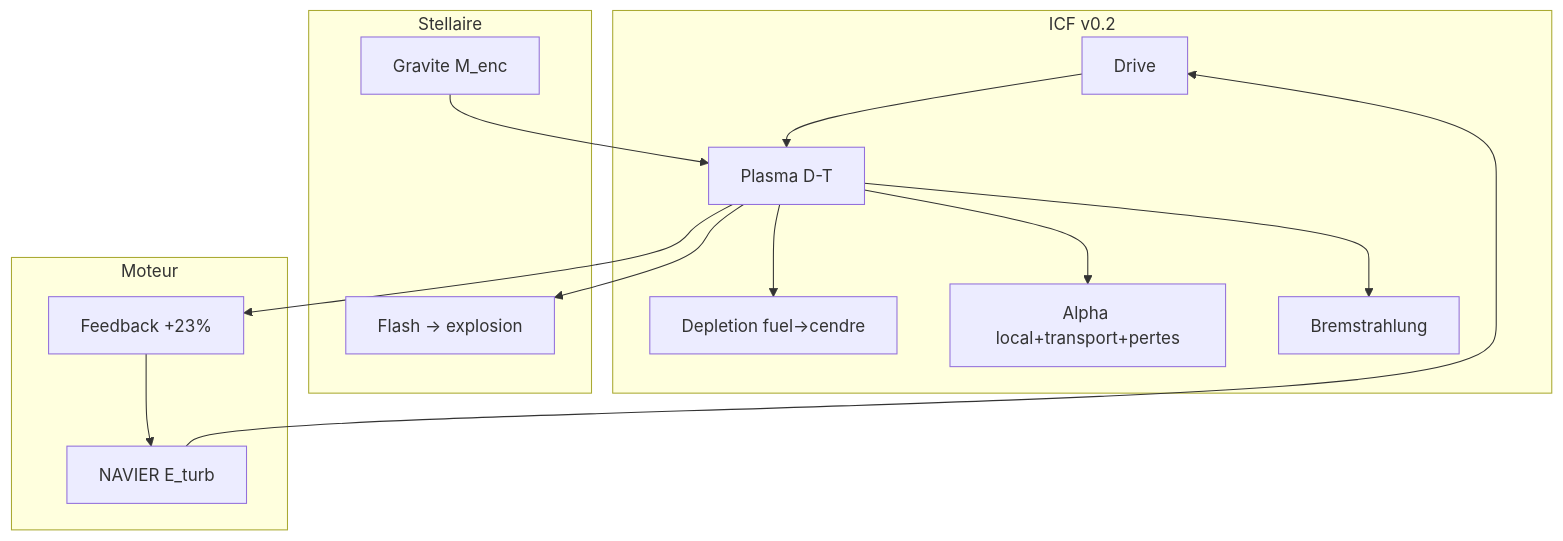
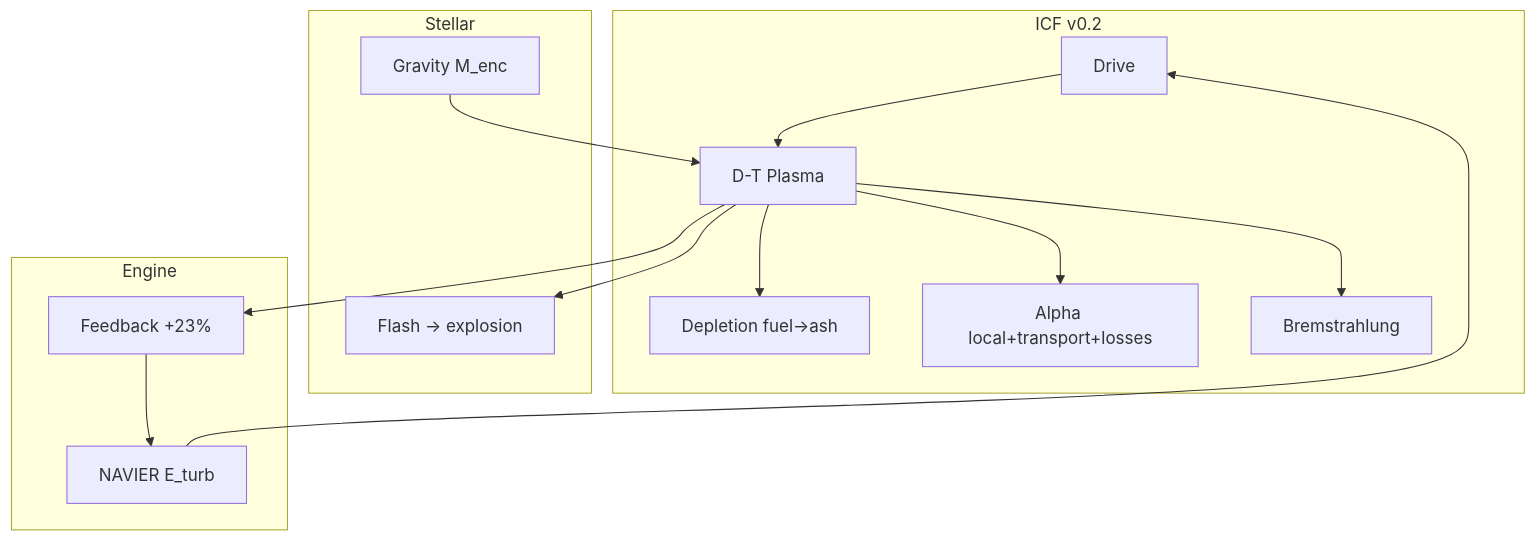
The diagram in README.md (jonathansearch/RATISS-NUCLEAIRE), drawn with Mermaid before and after one commit. The commit also changed other lines of this file, not shown here.

````diff
--- a/README.md
+++ b/README.md
@@ -136,18 +136,18 @@
 ```mermaid
 flowchart TB
     subgraph ICF[ICF v0.2]
-        D[Drive] --> P[Plasma D-T]
-        P --> DP[Depletion fuel→cendre]
-        P --> AT[Alpha local+transport+pertes]
+        D[Drive] --> P[D-T Plasma]
+        P --> DP[Depletion fuel→ash]
+        P --> AT[Alpha local+transport+losses]
         P --> BR[Bremstrahlung]
     end
-    subgraph ST[Stellaire]
-        G[Gravite M_enc] --> P
+    subgraph ST[Stellar]
+        G[Gravity M_enc] --> P
         P --> SN[Flash → explosion]
     end
-    subgraph MO[Moteur]
+    subgraph MO[Engine]
         N[NAVIER E_turb] --> D
         P --> F[Feedback +23%]
         F --> N
     end
 ```
````
